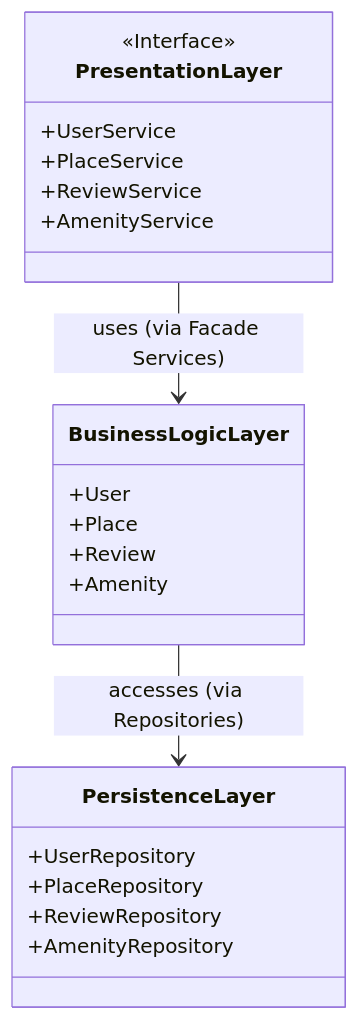
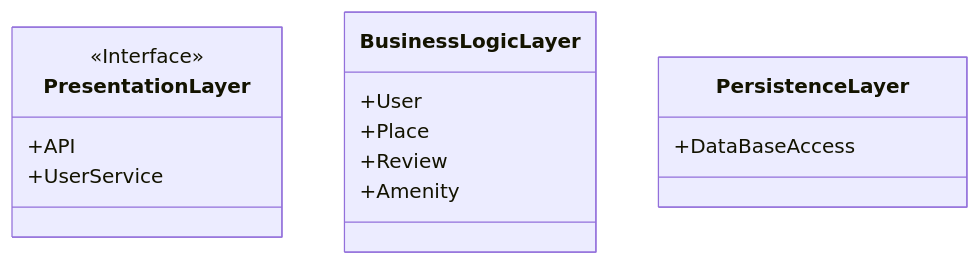
Before and after one commit to Roullito/holbertonschool-hbnb: the diagram in part1/0_Package_Diagram.md, drawn with Mermaid.

Commit message:
fix: 0. High-Level Package Diagram

````diff
--- a/part1/0_Package_Diagram.md
+++ b/part1/0_Package_Diagram.md
@@ -3,28 +3,17 @@
 ```mermaid
 classDiagram
-
 class PresentationLayer {
     <<Interface>>
+    +API
     +UserService
-    +PlaceService
-    +ReviewService
-    +AmenityService
 }
-
 class BusinessLogicLayer {
     +User
     +Place
     +Review
     +Amenity
 }
-
 class PersistenceLayer {
-    +UserRepository
-    +PlaceRepository
-    +ReviewRepository
-    +AmenityRepository
+    +DataBaseAccess
 }
-
-PresentationLayer --> BusinessLogicLayer : uses (via Facade Services)
-BusinessLogicLayer --> PersistenceLayer : accesses (via Repositories)
 ```
````
